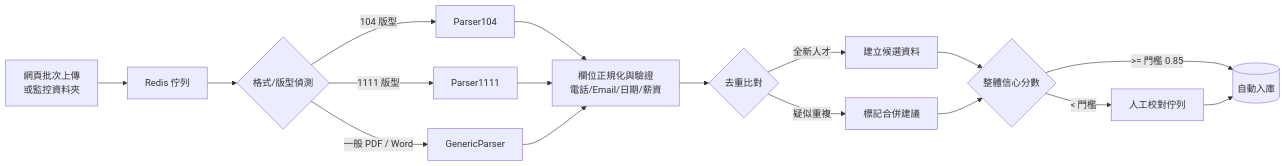
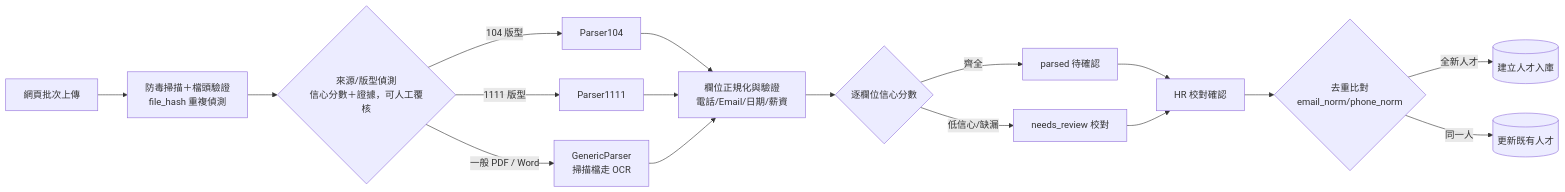
Before and after one commit to yunzhenz-chainwin/Human-resources: the second of 2 diagrams in docs/02-系統架構設計.md, drawn with Mermaid. The commit also changed other lines of this file and 19 other files, not shown here.

````diff
--- a/docs/02-系統架構設計.md
+++ b/docs/02-系統架構設計.md
@@ -82,15 +85,15 @@
 ```mermaid
 flowchart LR
-    U[網頁批次上傳<br/>或監控資料夾] --> Q[Redis 佇列]
-    Q --> T{格式/版型偵測}
+    U[網頁批次上傳] --> AV[防毒掃描＋檔頭驗證<br/>file_hash 重複偵測]
+    AV --> T{來源/版型偵測<br/>信心分數＋證據，可人工覆核}
     T -->|104 版型| P1[Parser104]
     T -->|1111 版型| P2[Parser1111]
-    T -->|一般 PDF / Word| P3[GenericParser]
+    T -->|一般 PDF / Word| P3[GenericParser<br/>掃描檔走 OCR]
     P1 & P2 & P3 --> N[欄位正規化與驗證<br/>電話/Email/日期/薪資]
-    N --> DUP{去重比對}
-    DUP -->|全新人才| C[建立候選資料]
-    DUP -->|疑似重複| M[標記合併建議]
-    C & M --> CONF{整體信心分數}
-    CONF -->|>= 門檻 0.85| DB[(自動入庫)]
-    CONF -->|< 門檻| REV[人工校對佇列] --> DB
+    N --> CONF{逐欄位信心分數}
+    CONF -->|齊全| OK[parsed 待確認]
+    CONF -->|低信心/缺漏| REV[needs_review 校對]
+    OK & REV --> H[HR 校對確認] --> DUP{去重比對<br/>email_norm/phone_norm}
+    DUP -->|全新人才| DB[(建立人才入庫)]
+    DUP -->|同一人| UPD[(更新既有人才)]
 ```
````
